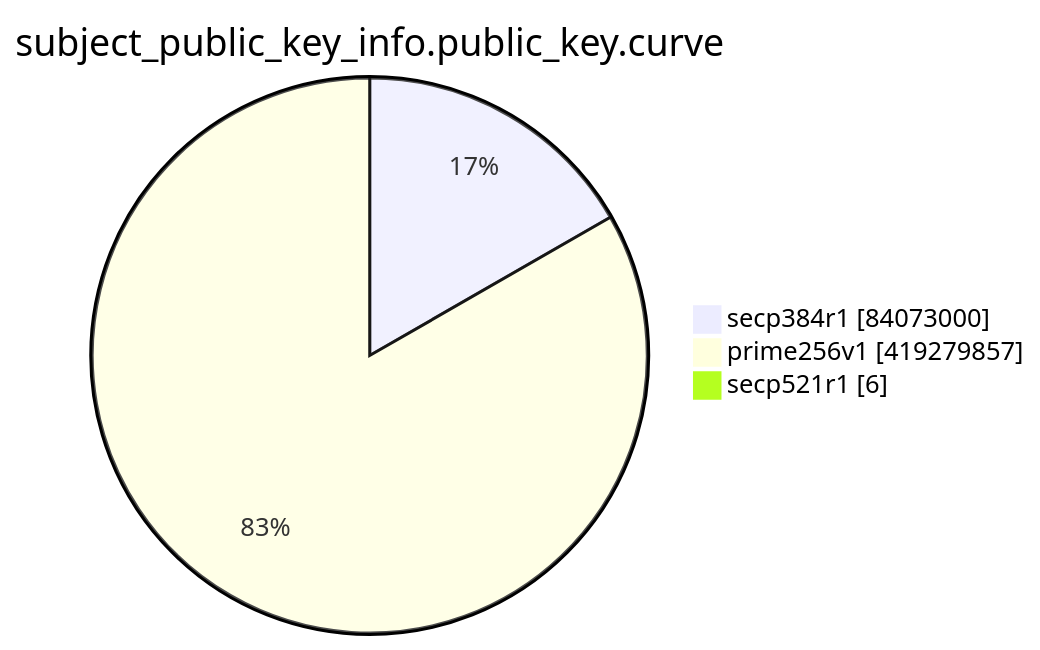
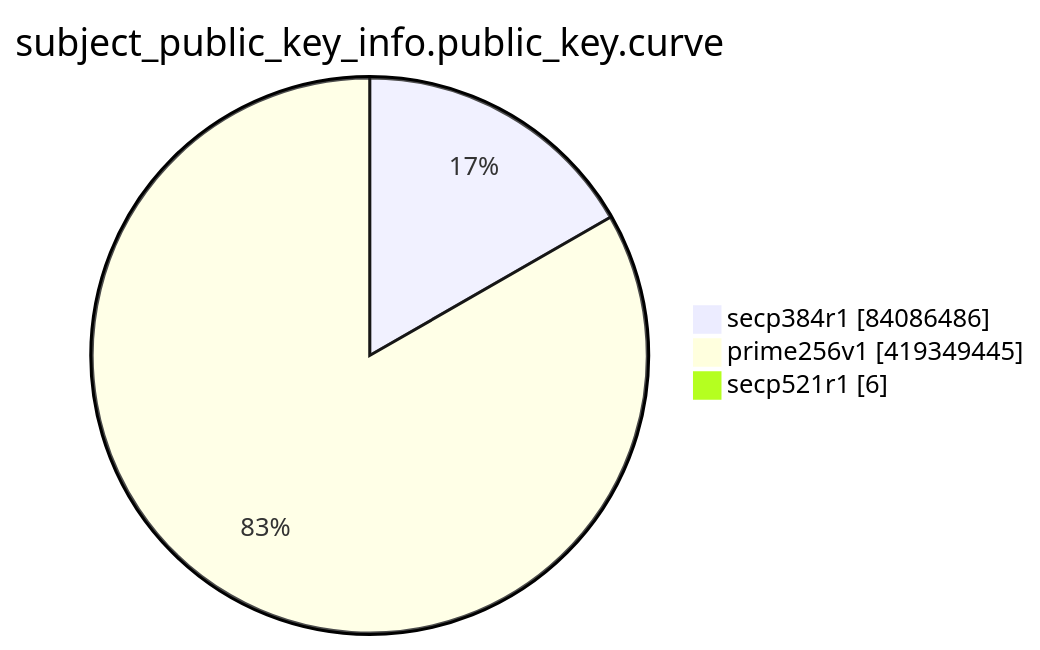
Before and after one commit to christiankrug/ctmonitor_visualization: the eighth of 15 diagrams in TOTAL/README.md, drawn with Mermaid. The commit also changed other lines of this file, not shown here.

````diff
--- a/TOTAL/README.md
+++ b/TOTAL/README.md
@@ -3099,7 +3099,7 @@
 ```mermaid
 pie showData
 title subject_public_key_info.public_key.curve
-"secp384r1" :84073000
-"prime256v1" :419279857
+"secp384r1" :84086486
+"prime256v1" :419349445
 "secp521r1" :6
 ```
````
